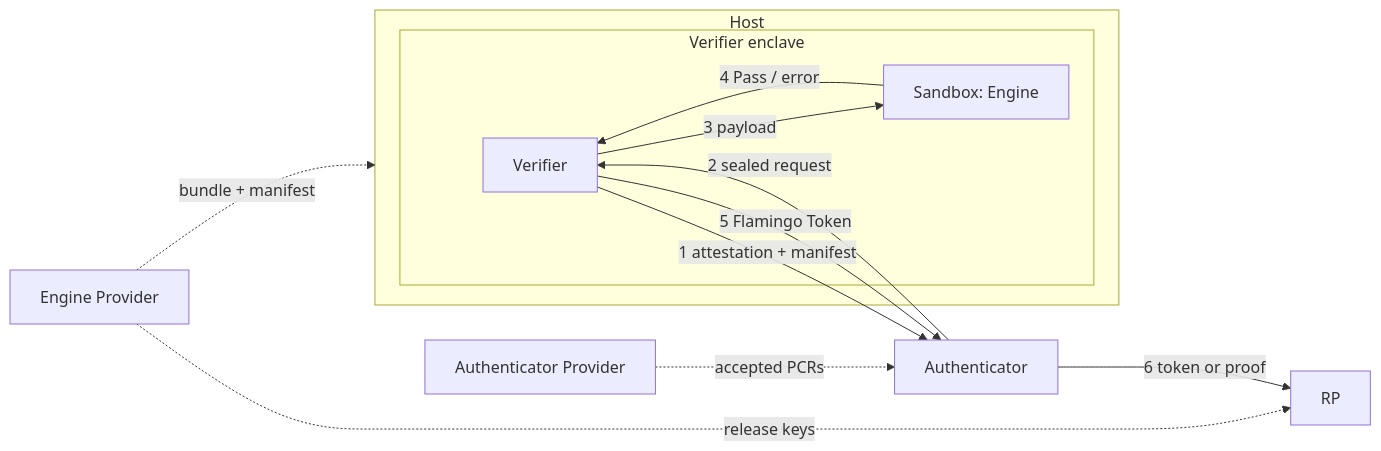
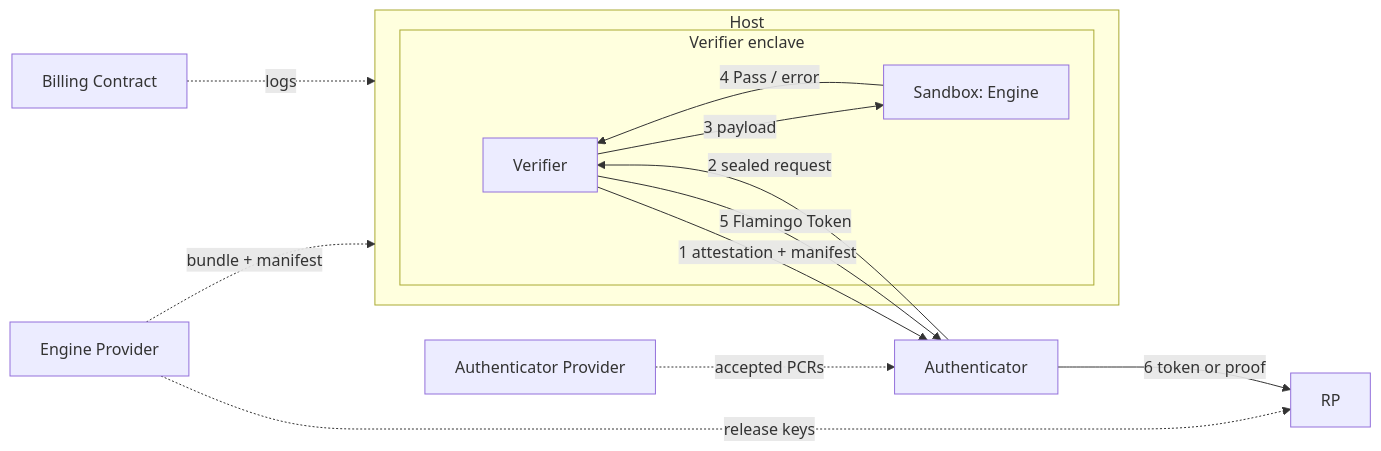
One commit to worldcoin/world-id-protocol changed the diagram in docs/WIPs/wip-201.md. Above: the diagram before and after it, drawn with Mermaid. The commit also changed other lines of this file, not shown here.

Commit message:
docs: name the host's billing trust throughout WIP-201

````diff
--- a/docs/WIPs/wip-201.md
+++ b/docs/WIPs/wip-201.md
@@ -30,16 +30,17 @@
 ```mermaid
 flowchart LR
   EP[Engine Provider] -.->|bundle + manifest| Host
   EP -.->|release keys| RP
   AP[Authenticator Provider] -.->|accepted PCRs| A[Authenticator]
+  BC[Billing Contract] -.->|logs| Host
   subgraph Host
     subgraph Enclave[Verifier enclave]
       V[Verifier] -->|3 payload| S[Sandbox: Engine]
       S -->|4 Pass / error| V
     end
   end
   V -->|1 attestation + manifest| A
   A -->|2 sealed request| V
   V -->|5 Flamingo Token| A
   A -->|6 token or proof| RP
 ```
````
